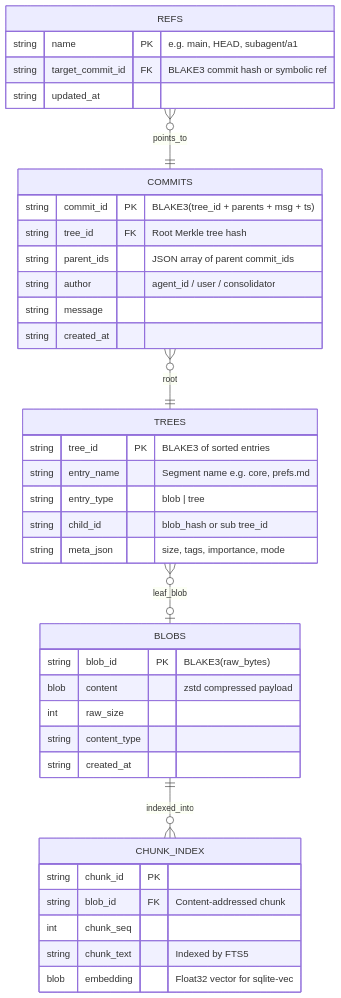
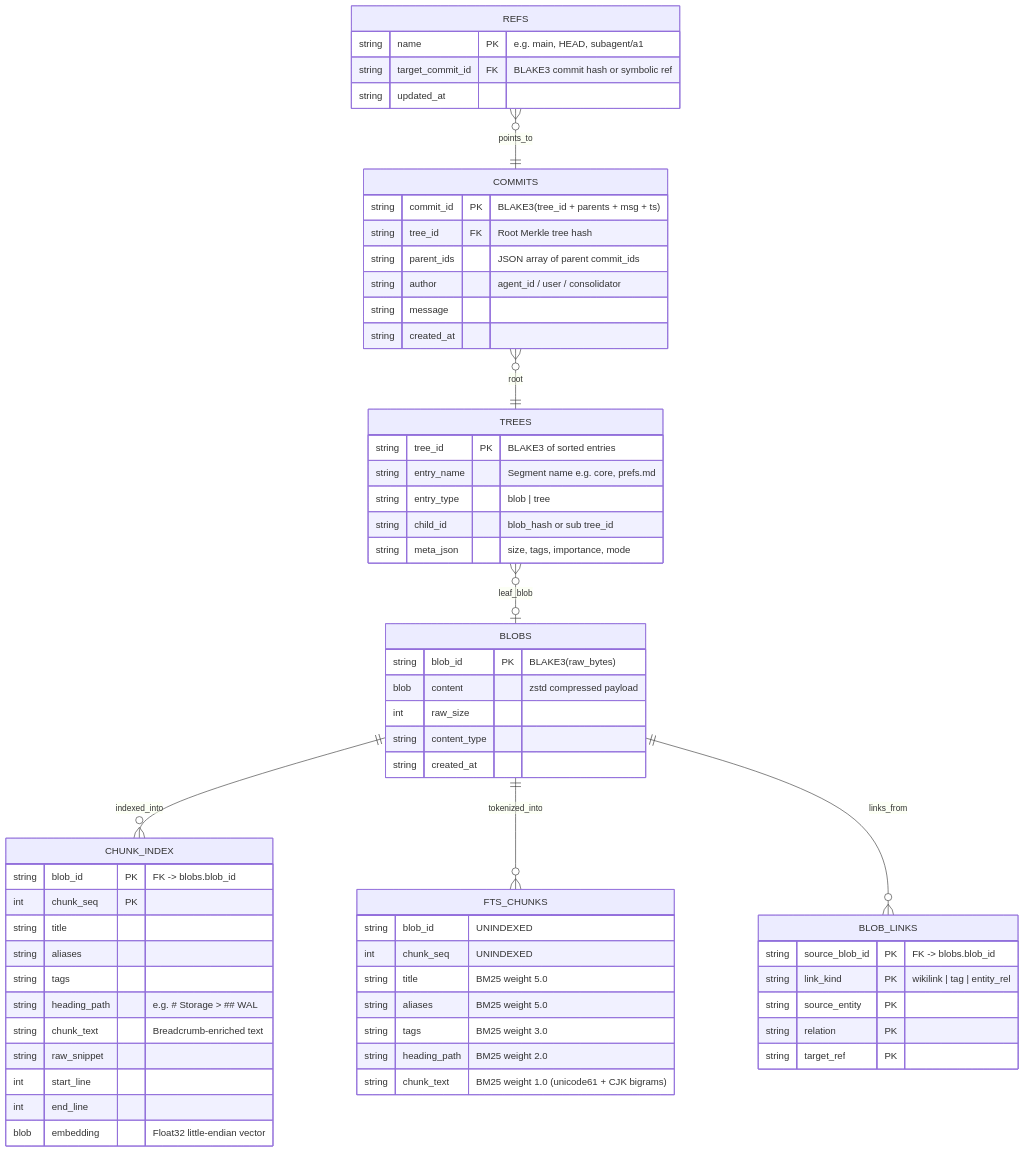
The second of 4 diagrams in docs/ARCHITECTURE.md (z23ng/engram), drawn with Mermaid before and after one commit. The commit also changed other lines of this file and 44 other files, not shown here.

Commit message:
feat: implement CAS/Merkle VCS, Obsidian Wiki-Graph hybrid search, CLI/MCP, and one-click deploy

````diff
--- a/docs/ARCHITECTURE.md
+++ b/docs/ARCHITECTURE.md
@@ -107,46 +107,72 @@
 ```mermaid
 erDiagram
     REFS {
         string name PK "e.g. main, HEAD, subagent/a1"
         string target_commit_id FK "BLAKE3 commit hash or symbolic ref"
         string updated_at
     }
 
     COMMITS {
         string commit_id PK "BLAKE3(tree_id + parents + msg + ts)"
         string tree_id FK "Root Merkle tree hash"
         string parent_ids "JSON array of parent commit_ids"
         string author "agent_id / user / consolidator"
         string message
         string created_at
     }
 
     TREES {
         string tree_id PK "BLAKE3 of sorted entries"
         string entry_name "Segment name e.g. core, prefs.md"
         string entry_type "blob | tree"
         string child_id "blob_hash or sub tree_id"
         string meta_json "size, tags, importance, mode"
     }
 
     BLOBS {
         string blob_id PK "BLAKE3(raw_bytes)"
         blob content "zstd compressed payload"
         int raw_size
         string content_type
         string created_at
     }
 
     CHUNK_INDEX {
-        string chunk_id PK
-        string blob_id FK "Content-addressed chunk"
-        int chunk_seq
-        string chunk_text "Indexed by FTS5"
-        blob embedding "Float32 vector for sqlite-vec"
+        string blob_id PK "FK -> blobs.blob_id"
+        int chunk_seq PK
+        string title
+        string aliases
+        string tags
+        string heading_path "e.g. # Storage > ## WAL"
+        string chunk_text "Breadcrumb-enriched text"
+        string raw_snippet
+        int start_line
+        int end_line
+        blob embedding "Float32 little-endian vector"
+    }
+
+    FTS_CHUNKS {
+        string blob_id "UNINDEXED"
+        int chunk_seq "UNINDEXED"
+        string title "BM25 weight 5.0"
+        string aliases "BM25 weight 5.0"
+        string tags "BM25 weight 3.0"
+        string heading_path "BM25 weight 2.0"
+        string chunk_text "BM25 weight 1.0 (unicode61 + CJK bigrams)"
+    }
+
+    BLOB_LINKS {
+        string source_blob_id PK "FK -> blobs.blob_id"
+        string link_kind PK "wikilink | tag | entity_rel"
+        string source_entity PK
+        string relation PK
+        string target_ref PK
     }
 
     REFS }o--|| COMMITS : points_to
     COMMITS }o--|| TREES : root
     TREES }o--o| BLOBS : leaf_blob
     BLOBS ||--o{ CHUNK_INDEX : indexed_into
+    BLOBS ||--o{ FTS_CHUNKS : tokenized_into
+    BLOBS ||--o{ BLOB_LINKS : links_from
 ```
````
